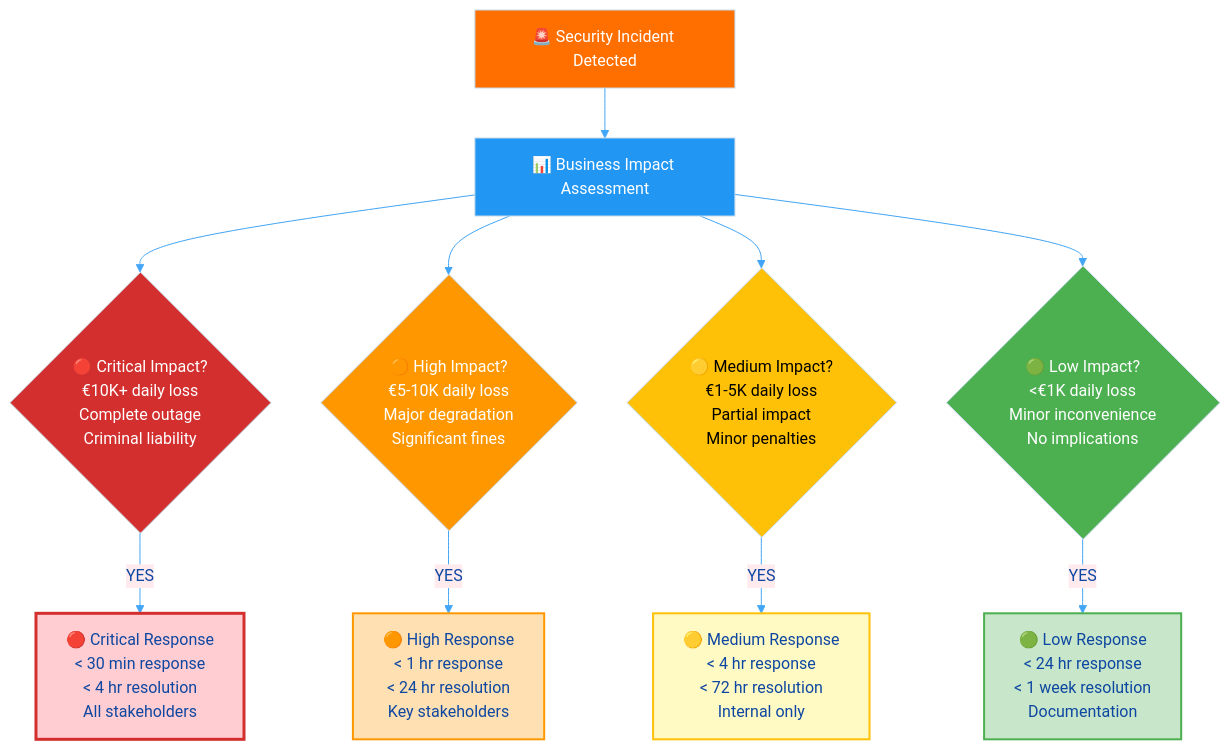
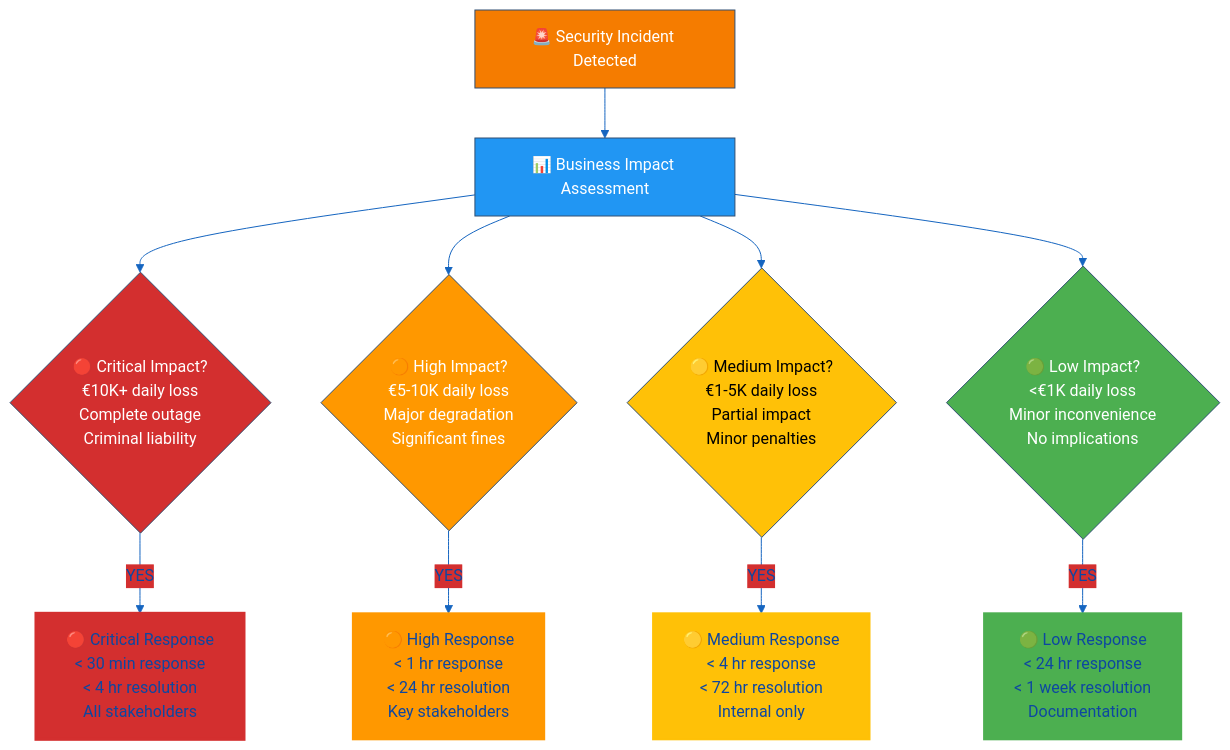
The first of 13 diagrams in Incident_Response_Plan.md (Hack23/ISMS-PUBLIC), drawn with Mermaid before and after one commit. The commit also changed other lines of this file and 35 other files, not shown here.

````diff
--- a/Incident_Response_Plan.md
+++ b/Incident_Response_Plan.md
@@ -61,37 +94,37 @@
 ```mermaid
 %%{
   init: {
     'theme': 'base',
     'themeVariables': {
-      'primaryColor': '#e3f2fd',
+      'primaryColor': '#1565C0',
       'primaryTextColor': '#0d47a1',
-      'lineColor': '#42a5f5',
-      'secondaryColor': '#ffebee',
-      'tertiaryColor': '#fff3e0'
+      'lineColor': '#1565C0',
+      'secondaryColor': '#D32F2F',
+      'tertiaryColor': '#FF9800'
     }
   }
 }%%
 flowchart TD
     INCIDENT[🚨 Security Incident Detected] --> ASSESS[📊 Business Impact Assessment]
     
     ASSESS --> CRITICAL{🔴 Critical Impact?<br/>€10K+ daily loss<br/>Complete outage<br/>Criminal liability}
     ASSESS --> HIGH{🟠 High Impact?<br/>€5-10K daily loss<br/>Major degradation<br/>Significant fines}
     ASSESS --> MEDIUM{🟡 Medium Impact?<br/>€1-5K daily loss<br/>Partial impact<br/>Minor penalties}
     ASSESS --> LOW{🟢 Low Impact?<br/><€1K daily loss<br/>Minor inconvenience<br/>No implications}
     
     CRITICAL -->|YES| C_RESPONSE[🔴 Critical Response<br/>< 30 min response<br/>< 4 hr resolution<br/>All stakeholders]
     HIGH -->|YES| H_RESPONSE[🟠 High Response<br/>< 1 hr response<br/>< 24 hr resolution<br/>Key stakeholders]
     MEDIUM -->|YES| M_RESPONSE[🟡 Medium Response<br/>< 4 hr response<br/>< 72 hr resolution<br/>Internal only]
     LOW -->|YES| L_RESPONSE[🟢 Low Response<br/>< 24 hr response<br/>< 1 week resolution<br/>Documentation]
     
-    style INCIDENT fill:#ff6f00,color:#fff
+    style INCIDENT fill:#F57C00,color:#fff
     style ASSESS fill:#2196f3,color:#fff
     style CRITICAL fill:#d32f2f,color:#fff
     style HIGH fill:#ff9800,color:#fff
     style MEDIUM fill:#ffc107,color:#000
     style LOW fill:#4caf50,color:#fff
-    style C_RESPONSE fill:#ffcdd2,stroke:#d32f2f,stroke-width:3px
-    style H_RESPONSE fill:#ffe0b2,stroke:#ff9800,stroke-width:2px
-    style M_RESPONSE fill:#fff9c4,stroke:#ffc107,stroke-width:2px
-    style L_RESPONSE fill:#c8e6c9,stroke:#4caf50,stroke-width:2px
+    style C_RESPONSE fill:#D32F2F,stroke:#d32f2f,stroke-width:3px
+    style H_RESPONSE fill:#FF9800,stroke:#ff9800,stroke-width:2px
+    style M_RESPONSE fill:#FFC107,stroke:#ffc107,stroke-width:2px
+    style L_RESPONSE fill:#4CAF50,stroke:#4caf50,stroke-width:2px
 ```
````
